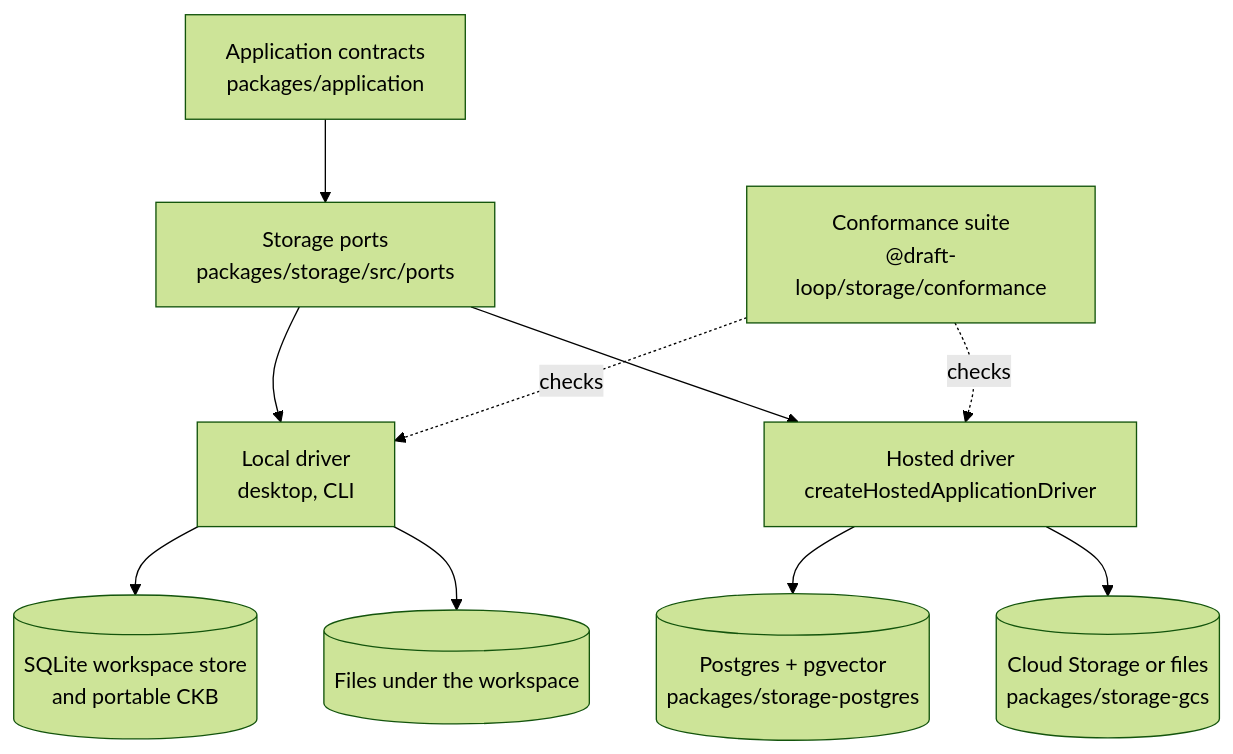
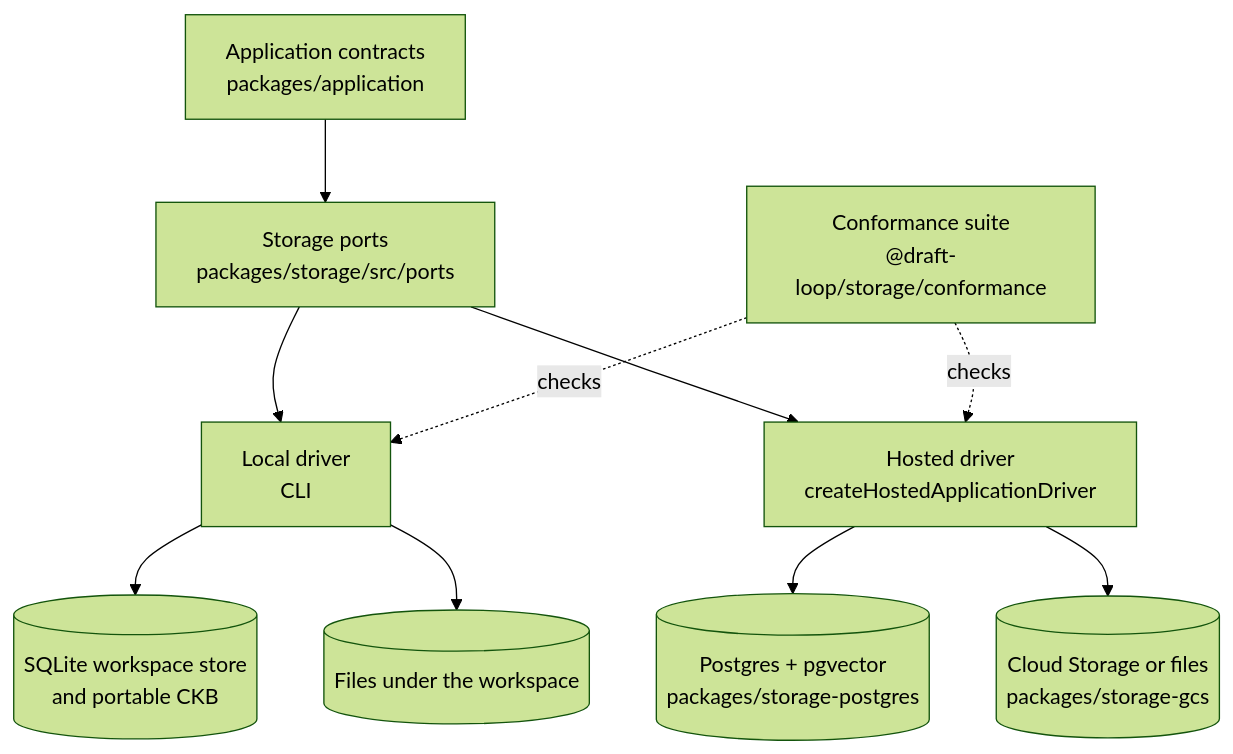
One commit to akoita/draft-loop changed the first of 2 diagrams in docs/architecture/storage-and-tenancy.md. Above: the diagram before and after it, drawn with Mermaid (forest theme). The commit also changed other lines of this file and 2 other files, not shown here.

First line of the commit message:
docs: restructure the local server stack, server deploy, and storage and tenancy pages

````diff
--- a/docs/architecture/storage-and-tenancy.md
+++ b/docs/architecture/storage-and-tenancy.md
@@ -11,11 +11,11 @@
 ```mermaid
 flowchart TB
   app["Application contracts<br/>packages/application"] --> ports["Storage ports<br/>packages/storage/src/ports"]
-  ports --> local["Local driver<br/>desktop, CLI"]
+  ports --> local["Local driver<br/>CLI"]
   ports --> hosted["Hosted driver<br/>createHostedApplicationDriver"]
   local --> sqlite[("SQLite workspace store<br/>and portable CKB")]
   local --> files[("Files under the workspace")]
   hosted --> pg[("Postgres + pgvector<br/>packages/storage-postgres")]
   hosted --> blobs[("Cloud Storage or files<br/>packages/storage-gcs")]
   conformance["Conformance suite<br/>@draft-loop/storage/conformance"] -. checks .-> local & hosted
 ```
````
